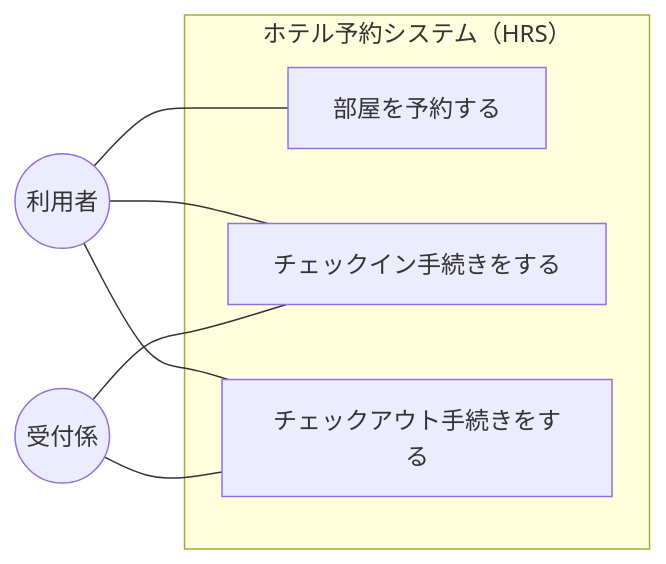
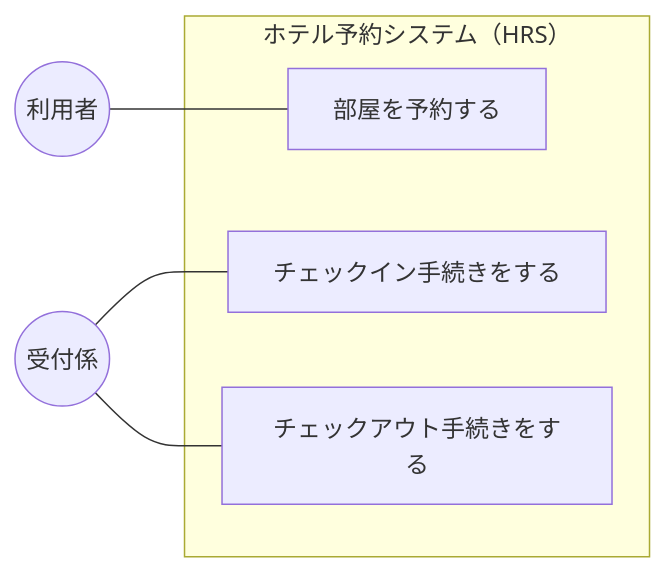
The first of 4 diagrams in Requirements_Analysis.md (Kohki-tyl/HRS), drawn with Mermaid before and after one commit.

Commit message:
Update guest interactions in Requirements Analysis
Removed guest interactions with UC2 and UC3.

````diff
--- a/Requirements_Analysis.md
+++ b/Requirements_Analysis.md
@@ -30,17 +30,15 @@
 ```mermaid
 flowchart LR
     Guest((利用者))
     Reception((受付係))
 
     subgraph HRS[ホテル予約システム（HRS）]
         UC1["部屋を予約する"]
         UC2["チェックイン手続きをする"]
         UC3["チェックアウト手続きをする"]
     end
 
     Guest --- UC1
-    Guest --- UC2
     Reception --- UC2
-    Guest --- UC3
     Reception --- UC3
 ```
````
